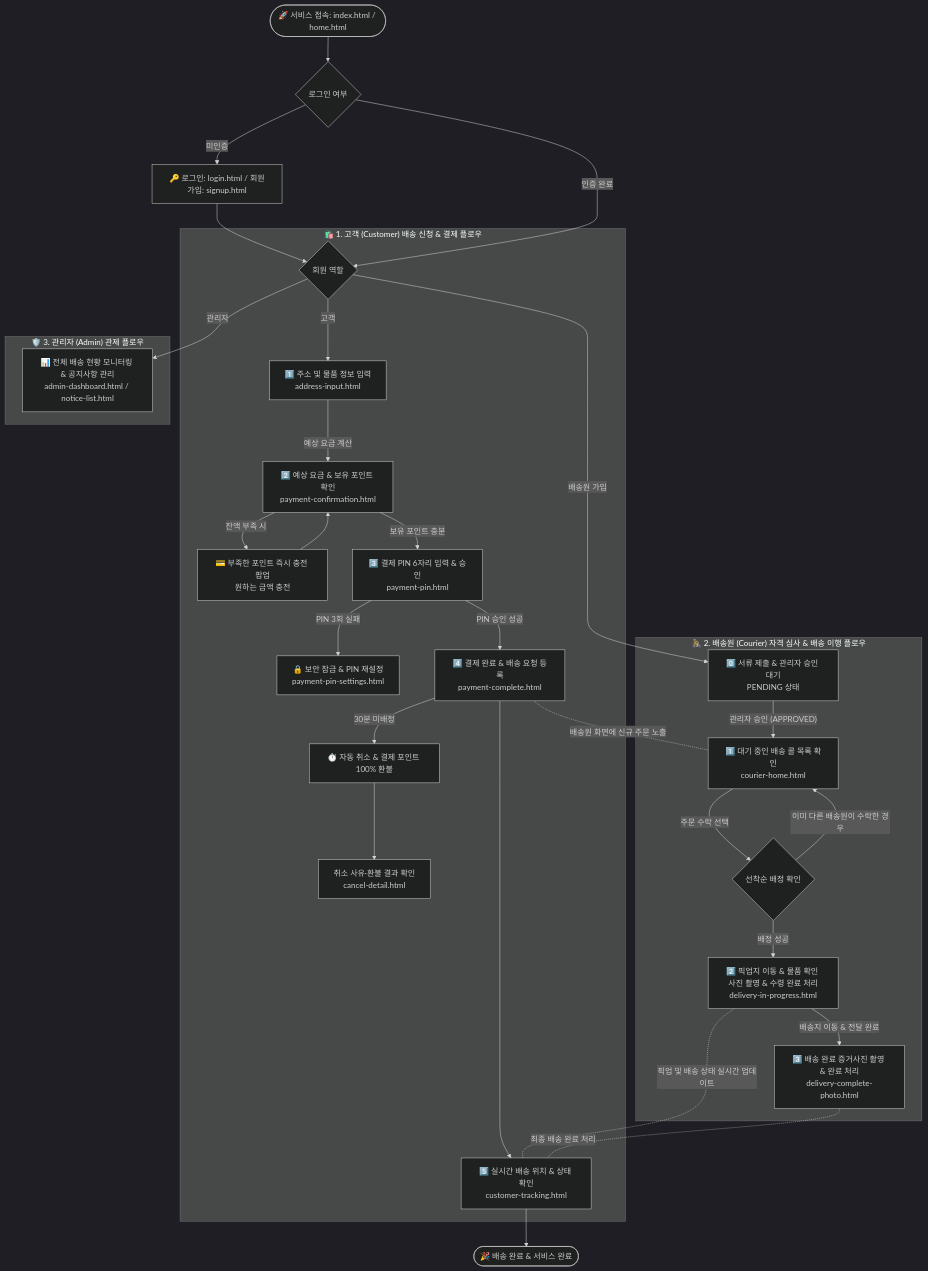
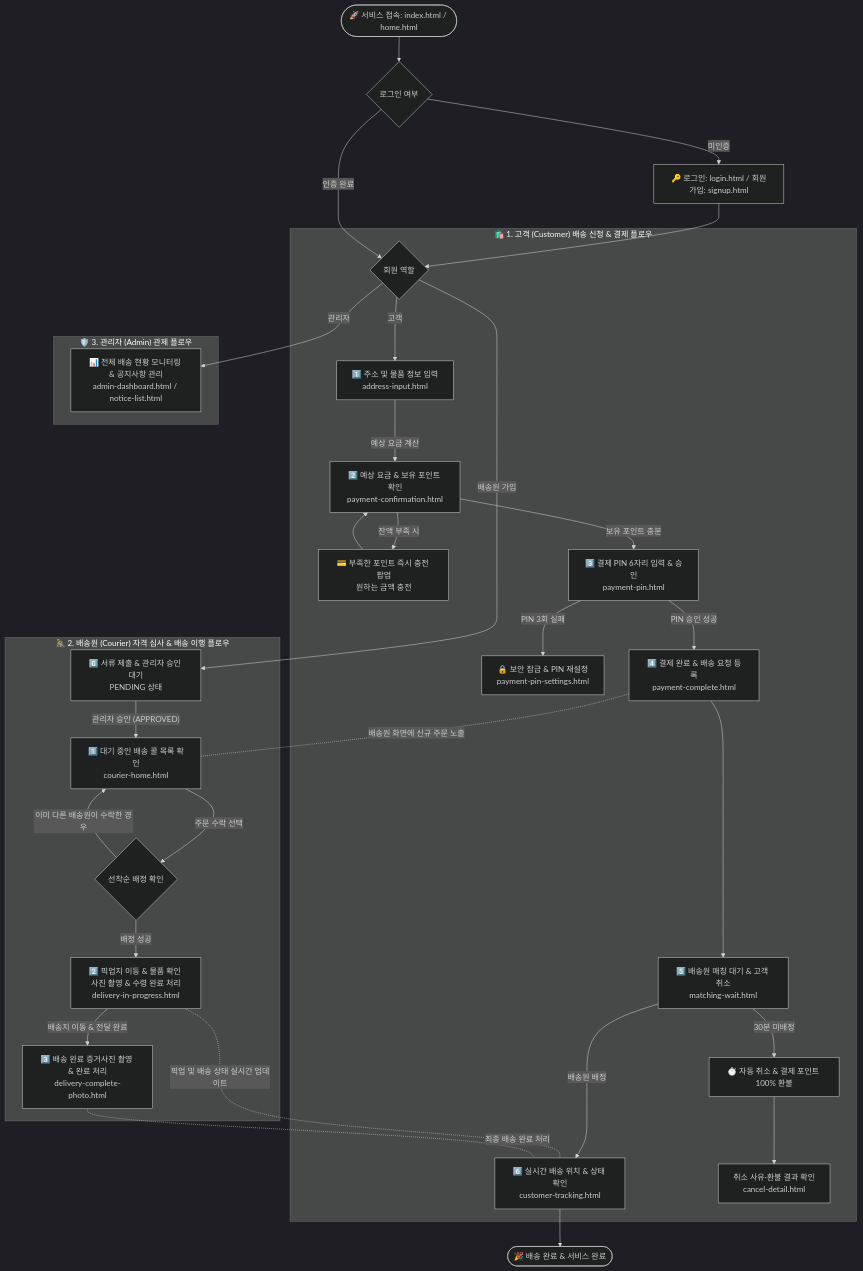
One commit to ShinhanDSProject/shinhan-delivery changed the first of 3 diagrams in docs/architecture/전체-유저-플로우-가이드.md. Above: the diagram before and after it, drawn with Mermaid (dark theme). The commit also changed other lines of this file and 8 other files, not shown here.

````diff
--- a/docs/architecture/전체-유저-플로우-가이드.md
+++ b/docs/architecture/전체-유저-플로우-가이드.md
@@ -29,55 +29,56 @@
 ```mermaid
 flowchart TD
     %% 시작 및 인증
     Start([🚀 서비스 접속: index.html / home.html]) --> AuthChoice{로그인 여부}
     
     AuthChoice -- 미인증 --> Login[🔑 로그인: login.html / 회원가입: signup.html]
     Login --> RoleChoice{회원 역할}
     AuthChoice -- 인증 완료 --> RoleChoice
 
     %% -------------------------------------------------------------
     %% 1. 고객 (Customer) 유저 플로우
     %% -------------------------------------------------------------
     subgraph CustomerFlow ["🛍️ 1. 고객 (Customer) 배송 신청 & 결제 플로우"]
         RoleChoice -- 고객 --> AddrInput[1️⃣ 주소 및 물품 정보 입력<br/>address-input.html]
         AddrInput -- 예상 요금 계산 --> PayConfirm[2️⃣ 예상 요금 & 보유 포인트 확인<br/>payment-confirmation.html]
         
         PayConfirm -- 잔액 부족 시 --> PointCharge[💳 부족한 포인트 즉시 충전 팝업<br/>원하는 금액 충전]
         PointCharge --> PayConfirm
         
         PayConfirm -- 보유 포인트 충분 --> PayPin[3️⃣ 결제 PIN 6자리 입력 & 승인<br/>payment-pin.html]
         PayPin -- PIN 3회 실패 --> PinLock[🔒 보안 잠금 & PIN 재설정<br/>payment-pin-settings.html]
         PayPin -- PIN 승인 성공 --> PayComplete[4️⃣ 결제 완료 & 배송 요청 등록<br/>payment-complete.html]
         
-        PayComplete --> Tracking[5️⃣ 실시간 배송 위치 & 상태 확인<br/>customer-tracking.html]
-        PayComplete -- 30분 미배정 --> TimeoutRefund[⏱️ 자동 취소 & 결제 포인트 100% 환불]
+        PayComplete --> MatchingWait[5️⃣ 배송원 매칭 대기 & 고객 취소<br/>matching-wait.html]
+        MatchingWait -- 배송원 배정 --> Tracking[6️⃣ 실시간 배송 위치 & 상태 확인<br/>customer-tracking.html]
+        MatchingWait -- 30분 미배정 --> TimeoutRefund[⏱️ 자동 취소 & 결제 포인트 100% 환불]
         TimeoutRefund --> CancelDetail[취소 사유·환불 결과 확인<br/>cancel-detail.html]
     end
 
     %% -------------------------------------------------------------
     %% 2. 배송원 (Courier) 유저 플로우
     %% -------------------------------------------------------------
     subgraph CourierFlow ["🚴 2. 배송원 (Courier) 자격 심사 & 배송 이행 플로우"]
         RoleChoice -- 배송원 가입 --> CourierPending[0️⃣ 서류 제출 & 관리자 승인 대기<br/>PENDING 상태]
         CourierPending -- 관리자 승인 (APPROVED) --> CourierDash[1️⃣ 대기 중인 배송 콜 목록 확인<br/>courier-home.html]
         
         CourierDash -- 주문 수락 선택 --> MatchCheck{선착순 배정 확인}
         MatchCheck -- 이미 다른 배송원이 수락한 경우 --> CourierDash
         MatchCheck -- 배정 성공 --> CourierPickup[2️⃣ 픽업지 이동 & 물품 확인 사진 촬영 & 수령 완료 처리<br/>delivery-in-progress.html]
         
         CourierPickup -- 배송지 이동 & 전달 완료 --> CourierComplete[3️⃣ 배송 완료 증거사진 촬영 & 완료 처리<br/>delivery-complete-photo.html]
     end
 
     %% -------------------------------------------------------------
     %% 3. 관리자 (Admin) 유저 플로우
     %% -------------------------------------------------------------
     subgraph AdminFlow ["🛡️ 3. 관리자 (Admin) 관제 플로우"]
         RoleChoice -- 관리자 --> AdminDash[📊 전체 배송 현황 모니터링 & 공지사항 관리<br/>admin-dashboard.html / notice-list.html]
     end
 
     %% 실시간 상호작용 연결
     PayComplete -. 배송원 화면에 신규 주문 노출 .- CourierDash
     CourierPickup -. 픽업 및 배송 상태 실시간 업데이트 .- Tracking
     CourierComplete -. 최종 배송 완료 처리 .- Tracking
     Tracking --> Finish([🎉 배송 완료 & 서비스 완료])
 ```
````
